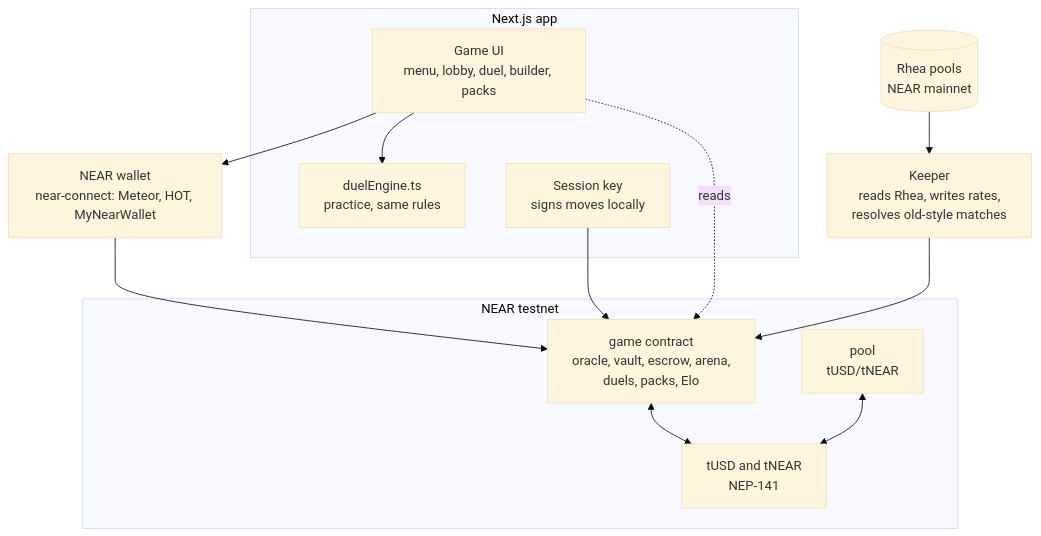
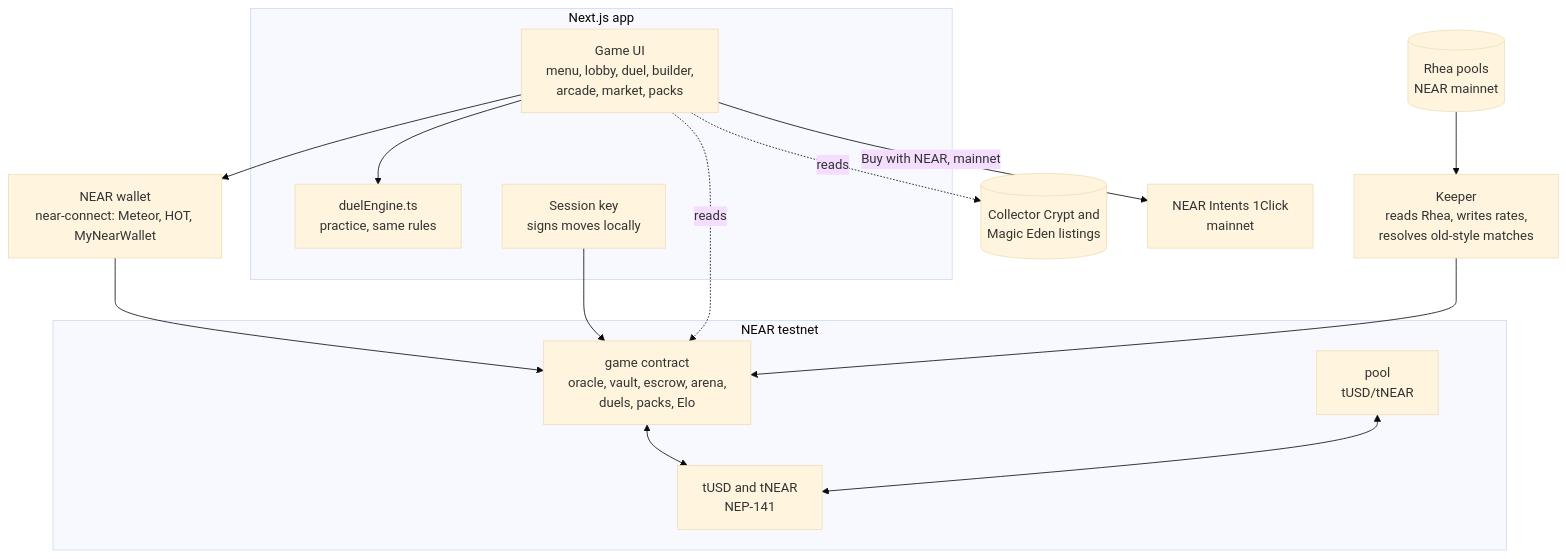
One commit to AqilJaafree/cardsdotgg-near changed the second of 2 diagrams in README.md. Above: the diagram before and after it, drawn with Mermaid (base theme). The commit also changed other lines of this file and 10 other files, not shown here.

````diff
--- a/README.md
+++ b/README.md
@@ -187,24 +240,28 @@
 ```mermaid
 flowchart TB
   subgraph Browser[Next.js app]
-    UI[Game UI<br/>menu, lobby, duel, builder, packs]
+    UI[Game UI<br/>menu, lobby, duel, builder,<br/>arcade, market, packs]
     ENG[duelEngine.ts<br/>practice, same rules]
     SK[Session key<br/>signs moves locally]
   end
   W[NEAR wallet<br/>near-connect: Meteor, HOT, MyNearWallet]
   subgraph Chain[NEAR testnet]
     G[game contract<br/>oracle, vault, escrow, arena,<br/>duels, packs, Elo]
     T[tUSD and tNEAR<br/>NEP-141]
     P[pool<br/>tUSD/tNEAR]
   end
   K[Keeper<br/>reads Rhea, writes rates,<br/>resolves old-style matches]
+  MKT[(Collector Crypt and<br/>Magic Eden listings)]
+  NI[NEAR Intents 1Click<br/>mainnet]
   R[(Rhea pools<br/>NEAR mainnet)]
   UI --> W --> G
   SK --> G
   UI --> ENG
   UI -. reads .-> G
   G <--> T
   P <--> T
   K --> G
   R --> K
+  UI -. reads .-> MKT
+  UI -->|Buy with NEAR, mainnet| NI
 ```
````
